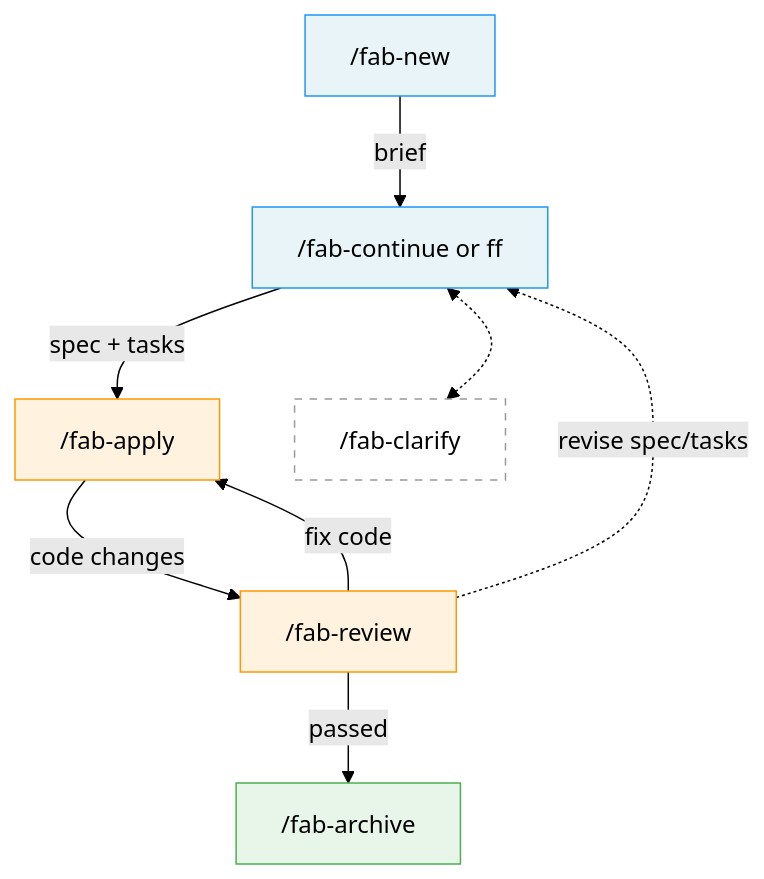
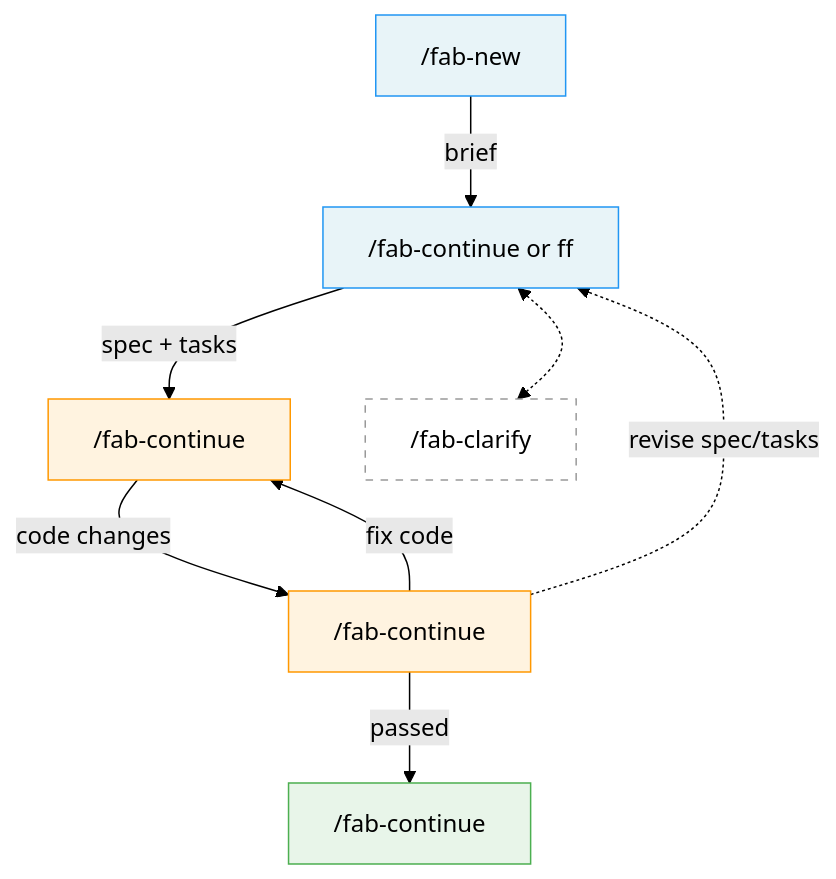
Before and after one commit to wvrdz/fab-kit: the second of 2 diagrams in fab/design/overview.md, drawn with Mermaid (forest theme). The commit also changed other lines of this file and 34 other files, not shown here.

First line of the commit message:
feat: unify fab-apply, fab-review, fab-archive into fab-continue (#DEV-1014)

````diff
--- a/fab/design/overview.md
+++ b/fab/design/overview.md
@@ -135,24 +135,24 @@
 ```mermaid
 flowchart TD
     NEW["/fab-new"]
     THINK["/fab-continue or ff"]
-    APPLY["/fab-apply"]
-    REVIEW["/fab-review"]
-    ARCHIVE["/fab-archive"]
+    APPLY["/fab-continue"]
+    REVIEW["/fab-continue"]
+    ARCHIVE["/fab-continue"]
     THINK ~~~ CLARIFY["/fab-clarify"]
 
     NEW -->|brief| THINK
     THINK -->|spec + tasks| APPLY
     APPLY -->|code changes| REVIEW
     REVIEW -->|passed| ARCHIVE
     REVIEW -->|fix code| APPLY
     REVIEW -.->|revise spec/tasks| THINK
     THINK <-.-> CLARIFY
 
     style NEW fill:#e8f4f8,stroke:#2196F3
     style THINK fill:#e8f4f8,stroke:#2196F3
     style APPLY fill:#fff3e0,stroke:#FF9800
     style REVIEW fill:#fff3e0,stroke:#FF9800
     style ARCHIVE fill:#e8f5e9,stroke:#4CAF50
     style CLARIFY fill:#fff,stroke:#999,stroke-dasharray: 5 5
 ```
````
